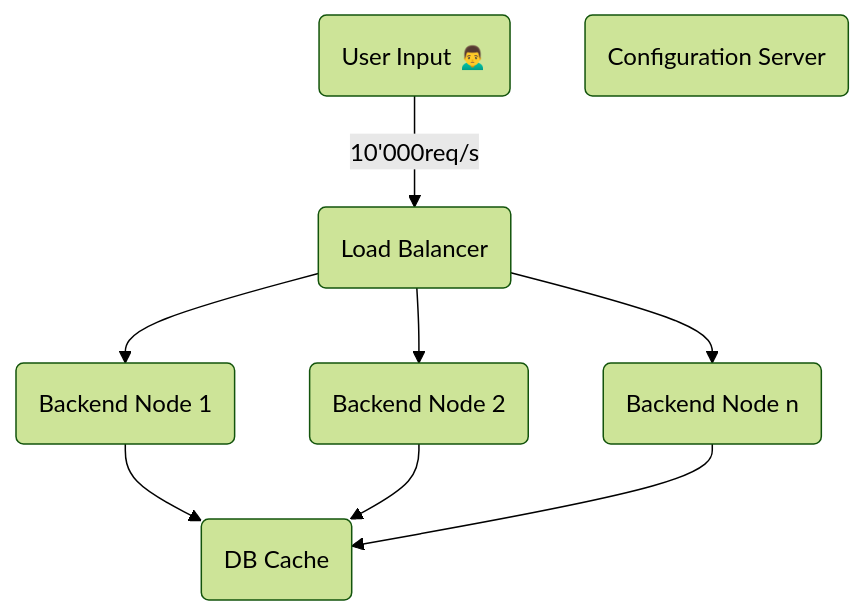
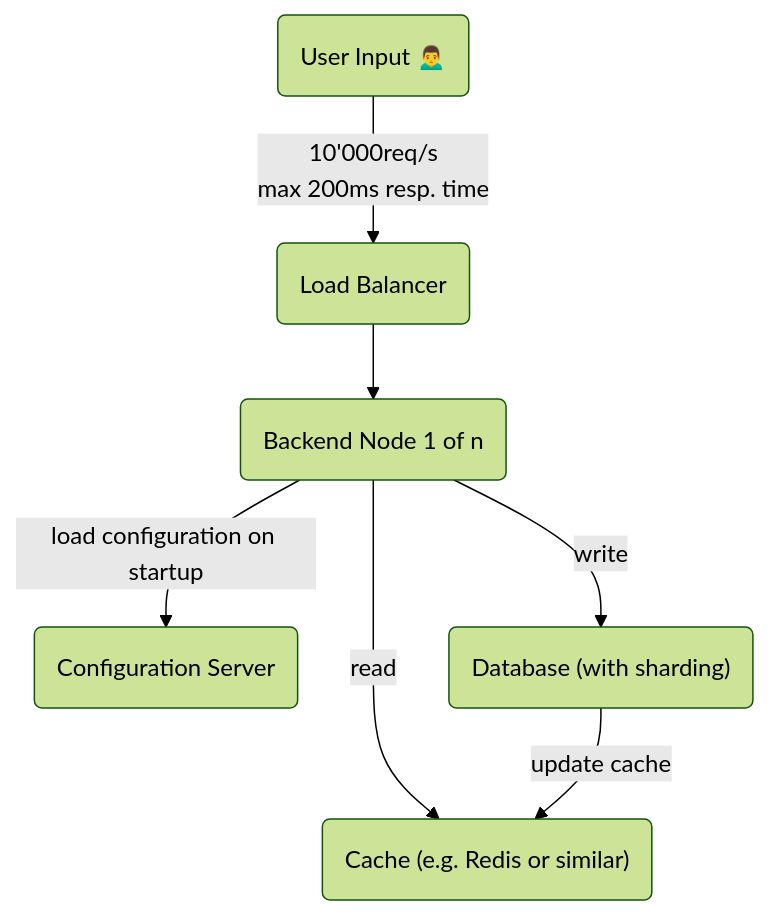
One commit to aerobless/knowledge changed the diagram in programming/software-architecture.md. Above: the diagram before and after it, drawn with Mermaid (forest theme).

Commit message:
GITBOOK-372: change request with no subject merged in GitBook

````diff
--- a/programming/software-architecture.md
+++ b/programming/software-architecture.md
@@ -68,14 +68,15 @@
 ```mermaid
 graph TD
-A("User Input 🙍‍♂️")-->|10'000req/s|LB("Load Balancer")
-LB --> BeNode1("Backend Node 1")
-LB --> BeNode2("Backend Node 2")
-LB --> BeNode3("Backend Node n")
+A("User Input 🙍‍♂️")-->|10'000req/s \n max 200ms resp. time|LB("Load Balancer")
+LB --> BeNodes("Backend Node 1 of n")
 
 Config("Configuration Server")
 
-Cache("DB Cache")
-BeNode1 --> Cache
-BeNode2 --> Cache
-BeNode3 --> Cache
+Cache("Cache (e.g. Redis or similar)")
+BeNodes --> |read|Cache
+BeNodes --> |load configuration on startup|Config
+
+DB("Database (with sharding)")
+BeNodes --> |write|DB
+DB --> |update cache|Cache
 ```
````
